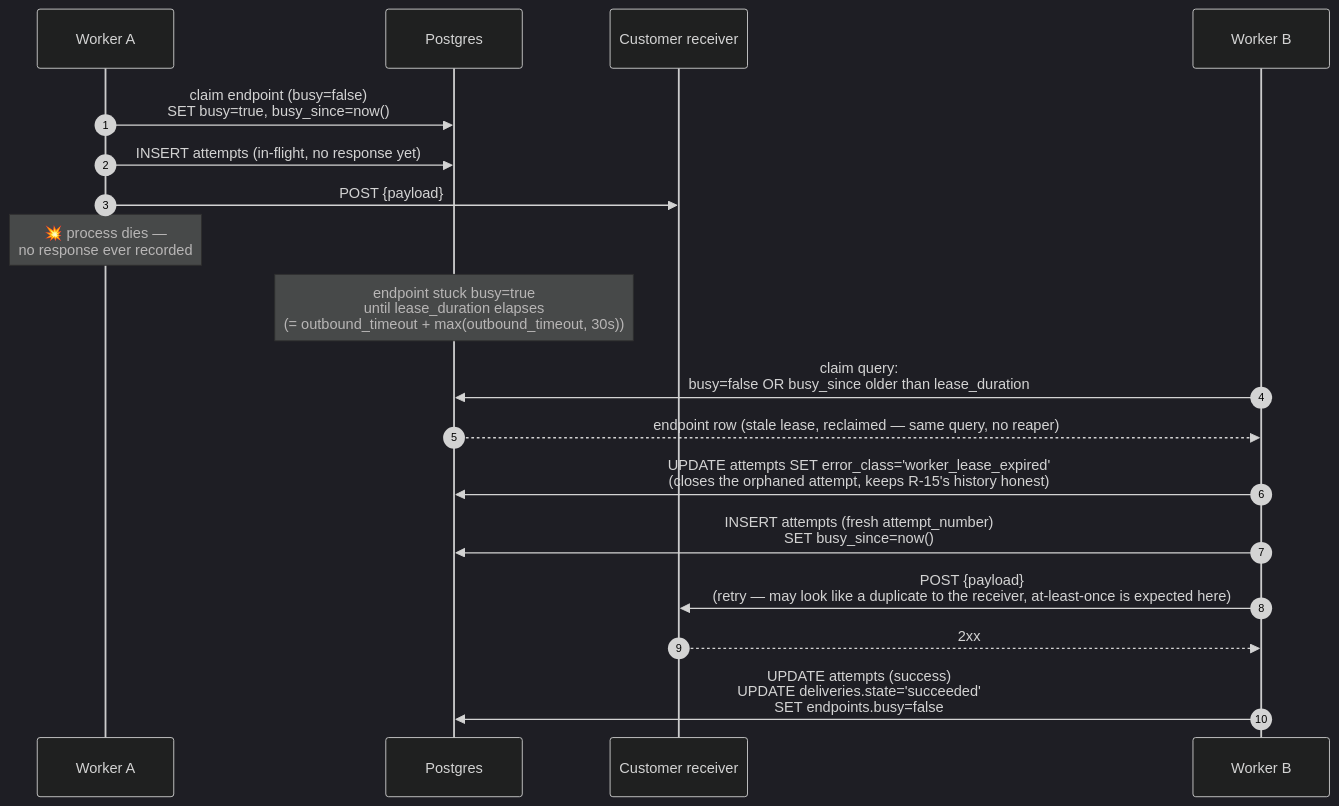
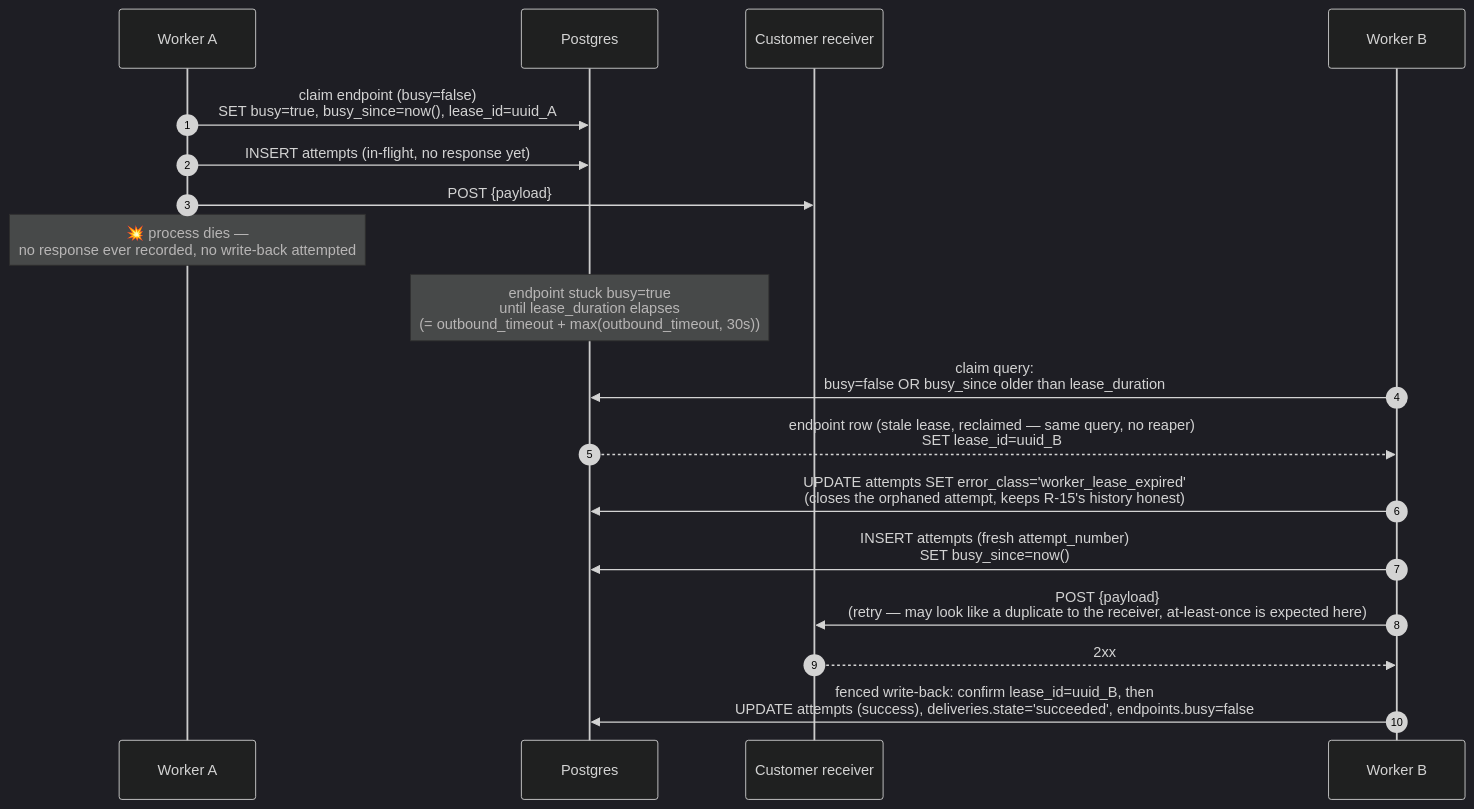
One commit to hyetigran/st6_webhooks changed the fourth of 8 diagrams in ARCHITECTURE.md. Above: the diagram before and after it, drawn with Mermaid (dark theme). The commit also changed other lines of this file and 37 other files, not shown here.

````diff
--- a/ARCHITECTURE.md
+++ b/ARCHITECTURE.md
@@ -195,23 +223,23 @@
 ```mermaid
 sequenceDiagram
     autonumber
     participant WA as Worker A
     participant DB as Postgres
     participant Recv as Customer receiver
     participant WB as Worker B
 
-    WA->>DB: claim endpoint (busy=false)<br/>SET busy=true, busy_since=now()
+    WA->>DB: claim endpoint (busy=false)<br/>SET busy=true, busy_since=now(), lease_id=uuid_A
     WA->>DB: INSERT attempts (in-flight, no response yet)
     WA->>Recv: POST {payload}
-    note over WA: 💥 process dies —<br/>no response ever recorded
+    note over WA: 💥 process dies —<br/>no response ever recorded, no write-back attempted
 
     note over DB: endpoint stuck busy=true<br/>until lease_duration elapses<br/>(= outbound_timeout + max(outbound_timeout, 30s))
 
     WB->>DB: claim query:<br/>busy=false OR busy_since older than lease_duration
-    DB-->>WB: endpoint row (stale lease, reclaimed — same query, no reaper)
+    DB-->>WB: endpoint row (stale lease, reclaimed — same query, no reaper)<br/>SET lease_id=uuid_B
     WB->>DB: UPDATE attempts SET error_class='worker_lease_expired'<br/>(closes the orphaned attempt, keeps R-15's history honest)
     WB->>DB: INSERT attempts (fresh attempt_number)<br/>SET busy_since=now()
     WB->>Recv: POST {payload}<br/>(retry — may look like a duplicate to the receiver, at-least-once is expected here)
     Recv-->>WB: 2xx
-    WB->>DB: UPDATE attempts (success)<br/>UPDATE deliveries.state='succeeded'<br/>SET endpoints.busy=false
+    WB->>DB: fenced write-back: confirm lease_id=uuid_B, then<br/>UPDATE attempts (success), deliveries.state='succeeded', endpoints.busy=false
 ```
````
